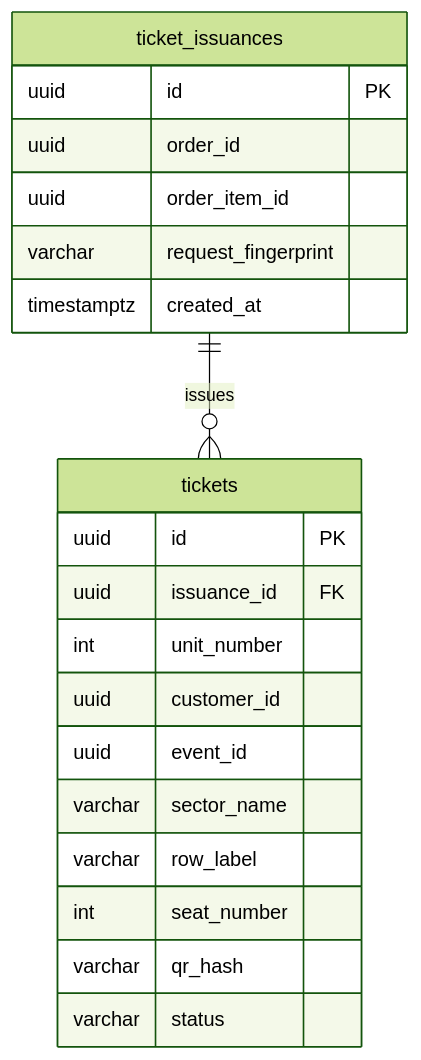
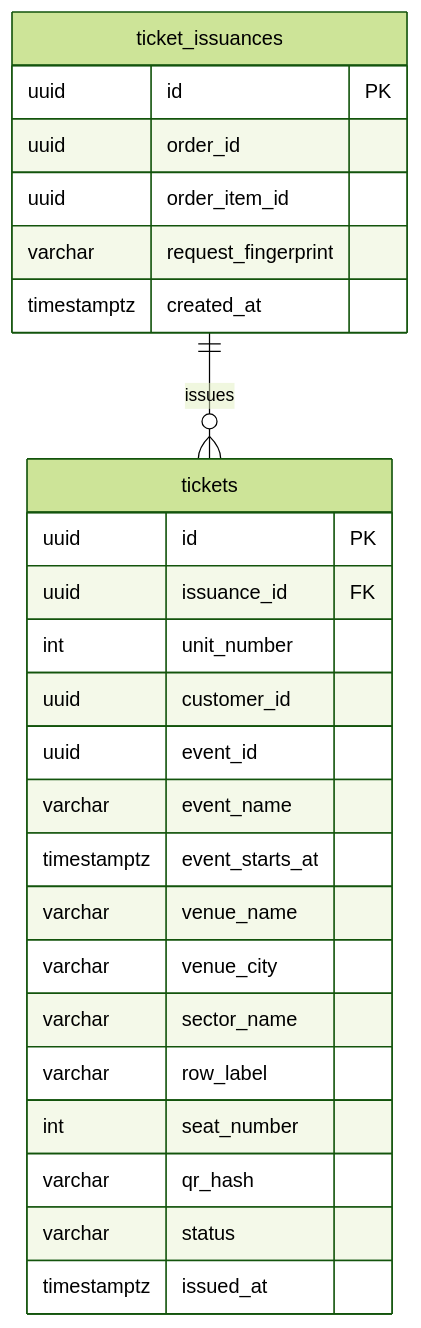
One commit to rami-bit/ArquitecturasWeb_TPE changed the sixth of 8 diagrams in ticketya/docs/architecture.md. Above: the diagram before and after it, drawn with Mermaid (forest theme). The commit also changed other lines of this file and 25 other files, not shown here.

````diff
--- a/ticketya/docs/architecture.md
+++ b/ticketya/docs/architecture.md
@@ -332,24 +400,29 @@
 ```mermaid
 erDiagram
     ticket_issuances ||--o{ tickets : issues
 
     ticket_issuances {
         uuid id PK
         uuid order_id
         uuid order_item_id
         varchar request_fingerprint
         timestamptz created_at
     }
     tickets {
         uuid id PK
         uuid issuance_id FK
         int unit_number
         uuid customer_id
         uuid event_id
+        varchar event_name
+        timestamptz event_starts_at
+        varchar venue_name
+        varchar venue_city
         varchar sector_name
         varchar row_label
         int seat_number
         varchar qr_hash
         varchar status
+        timestamptz issued_at
     }
 ```
````
